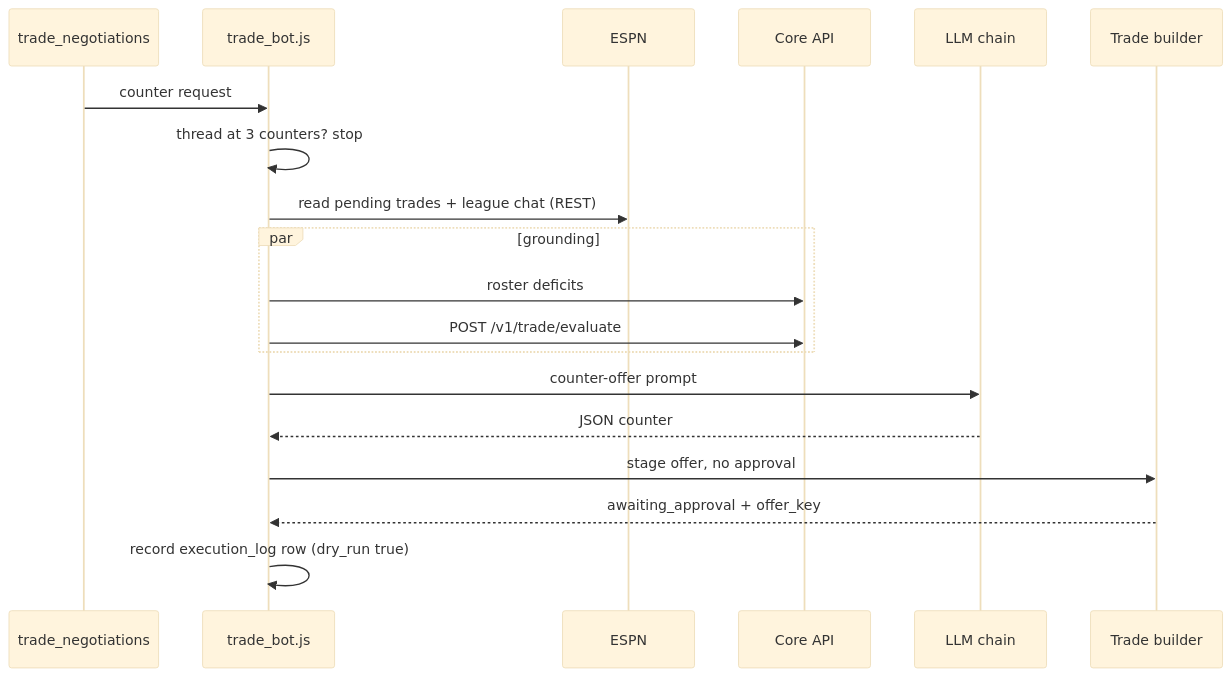
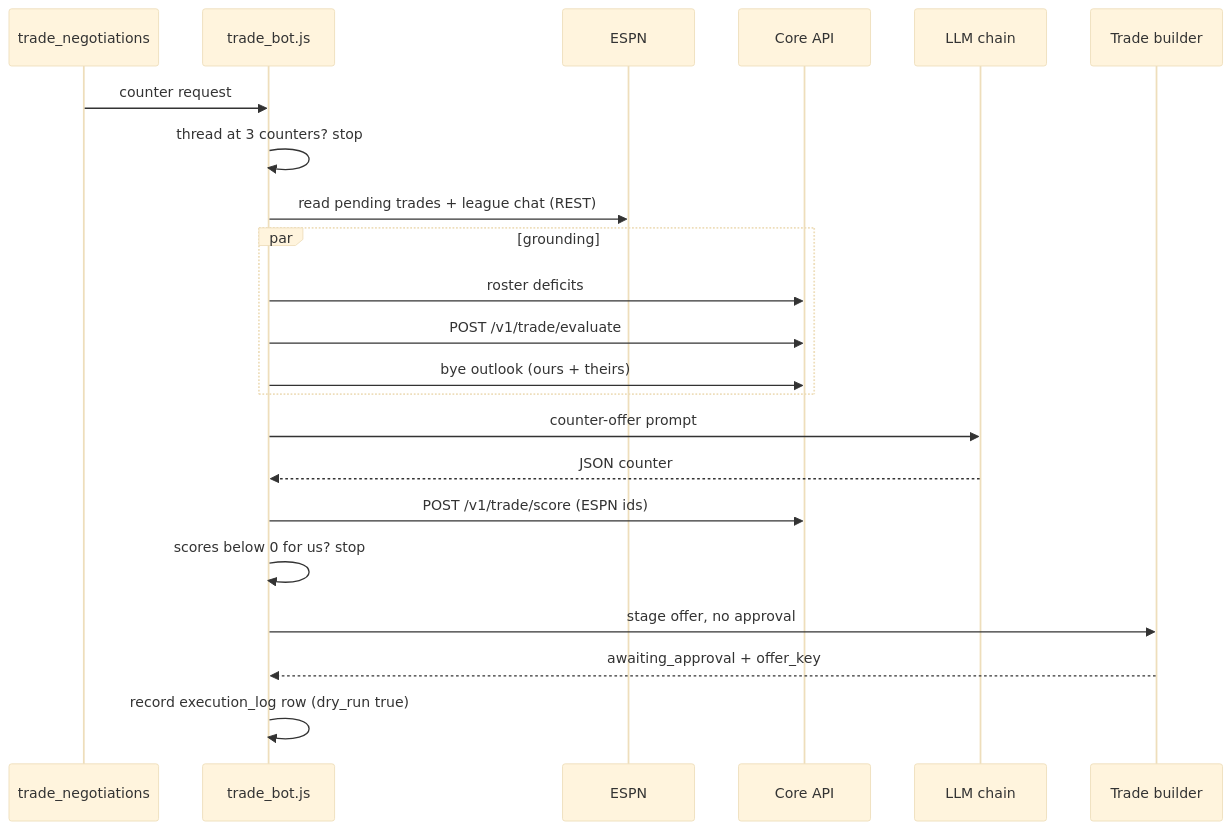
One commit to cvillarr23/fantasy-browser-worker changed the diagram in docs/bots/trade-evaluation-and-negotiation.md. Above: the diagram before and after it, drawn with Mermaid (base theme). The commit also changed other lines of this file and 7 other files, not shown here.

First line of the commit message:
Ground trade proposals and counters in NFL bye weeks (#202)

````diff
--- a/docs/bots/trade-evaluation-and-negotiation.md
+++ b/docs/bots/trade-evaluation-and-negotiation.md
@@ -9,21 +9,24 @@
 ```mermaid
 sequenceDiagram
     participant Q as trade_negotiations
     participant B as trade_bot.js
     participant E as ESPN
     participant C as Core API
     participant L as LLM chain
     participant T as Trade builder
     Q->>B: counter request
     B->>B: thread at 3 counters? stop
     B->>E: read pending trades + league chat (REST)
     par grounding
         B->>C: roster deficits
         B->>C: POST /v1/trade/evaluate
+        B->>C: bye outlook (ours + theirs)
     end
     B->>L: counter-offer prompt
     L-->>B: JSON counter
+    B->>C: POST /v1/trade/score (ESPN ids)
+    B->>B: scores below 0 for us? stop
     B->>T: stage offer, no approval
     T-->>B: awaiting_approval + offer_key
     B->>B: record execution_log row (dry_run true)
 ```
````
